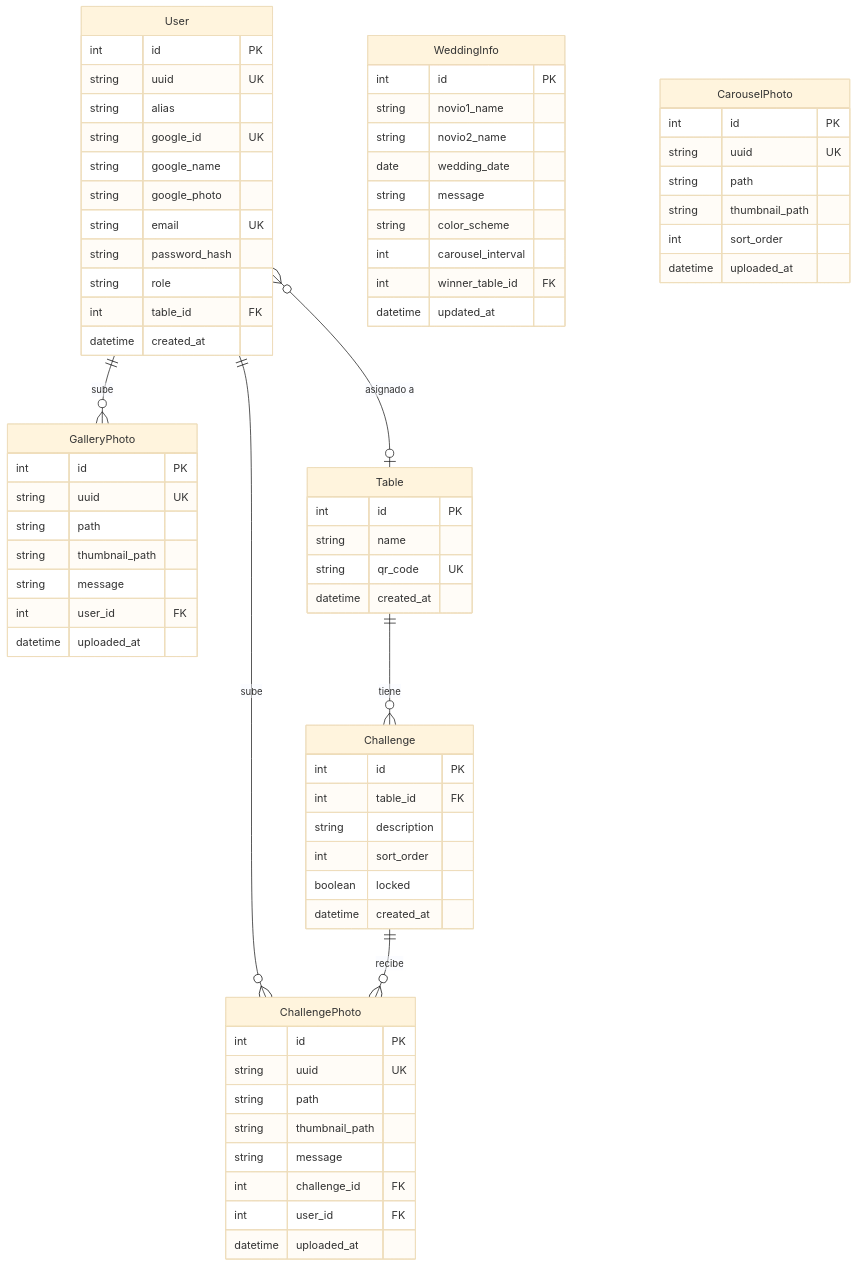
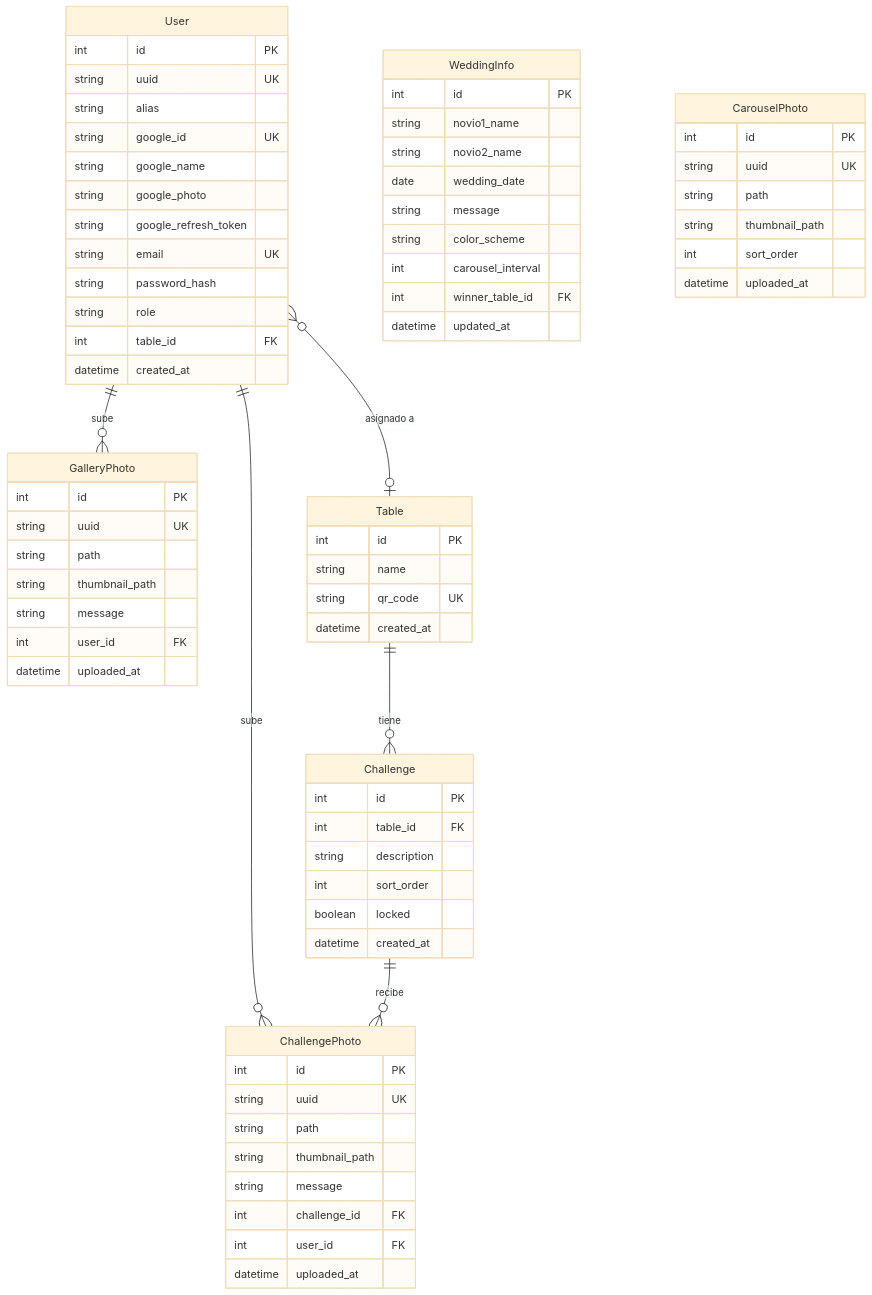
One commit to juniornff/wedding-photo-manager changed the third of 12 diagrams in README.md. Above: the diagram before and after it, drawn with Mermaid (base theme). The commit also changed other lines of this file and 1 other file, not shown here.

````diff
--- a/README.md
+++ b/README.md
@@ -104,80 +104,81 @@
 ```mermaid
 erDiagram
     User {
         int id PK
         string uuid UK
         string alias
         string google_id UK
         string google_name
         string google_photo
+        string google_refresh_token
         string email UK
         string password_hash
         string role
         int table_id FK
         datetime created_at
     }
 
     WeddingInfo {
         int id PK
         string novio1_name
         string novio2_name
         date wedding_date
         string message
         string color_scheme
         int carousel_interval
         int winner_table_id FK
         datetime updated_at
     }
 
     CarouselPhoto {
         int id PK
         string uuid UK
         string path
         string thumbnail_path
         int sort_order
         datetime uploaded_at
     }
 
     GalleryPhoto {
         int id PK
         string uuid UK
         string path
         string thumbnail_path
         string message
         int user_id FK
         datetime uploaded_at
     }
 
     Table {
         int id PK
         string name
         string qr_code UK
         datetime created_at
     }
 
     Challenge {
         int id PK
         int table_id FK
         string description
         int sort_order
         boolean locked
         datetime created_at
     }
 
     ChallengePhoto {
         int id PK
         string uuid UK
         string path
         string thumbnail_path
         string message
         int challenge_id FK
         int user_id FK
         datetime uploaded_at
     }
 
     User ||--o{ GalleryPhoto : "sube"
     User ||--o{ ChallengePhoto : "sube"
     User }o--o| Table : "asignado a"
     Table ||--o{ Challenge : "tiene"
     Challenge ||--o{ ChallengePhoto : "recibe"
 ```
````
